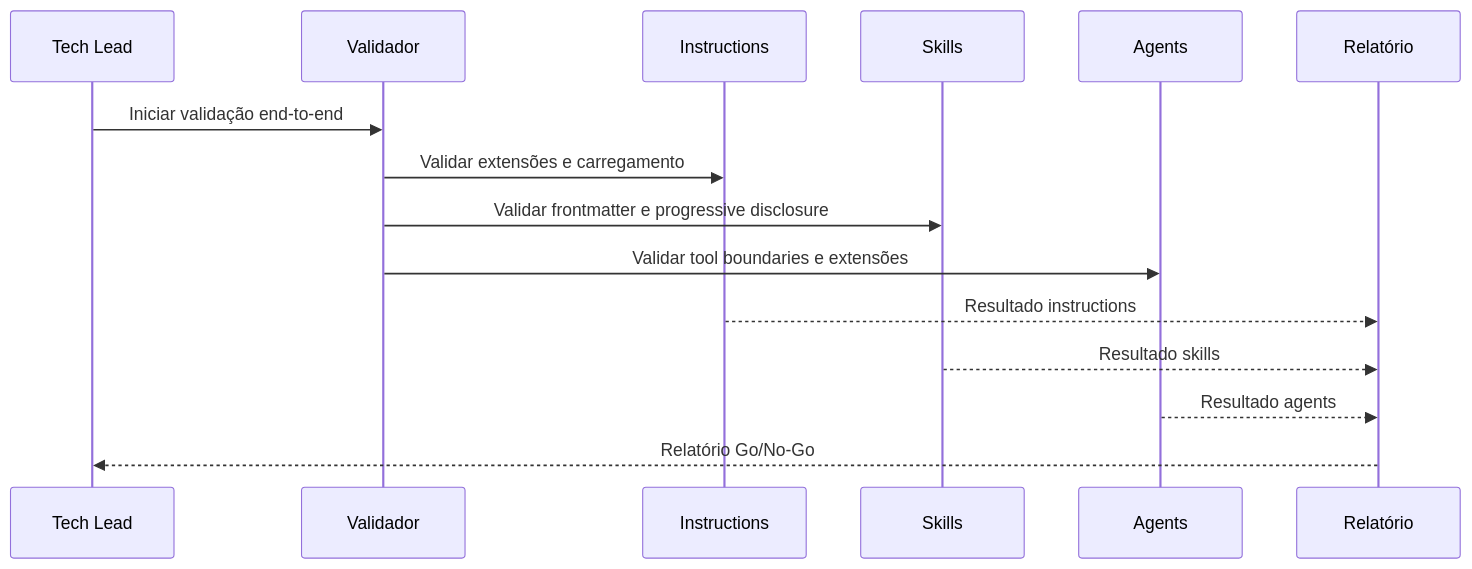
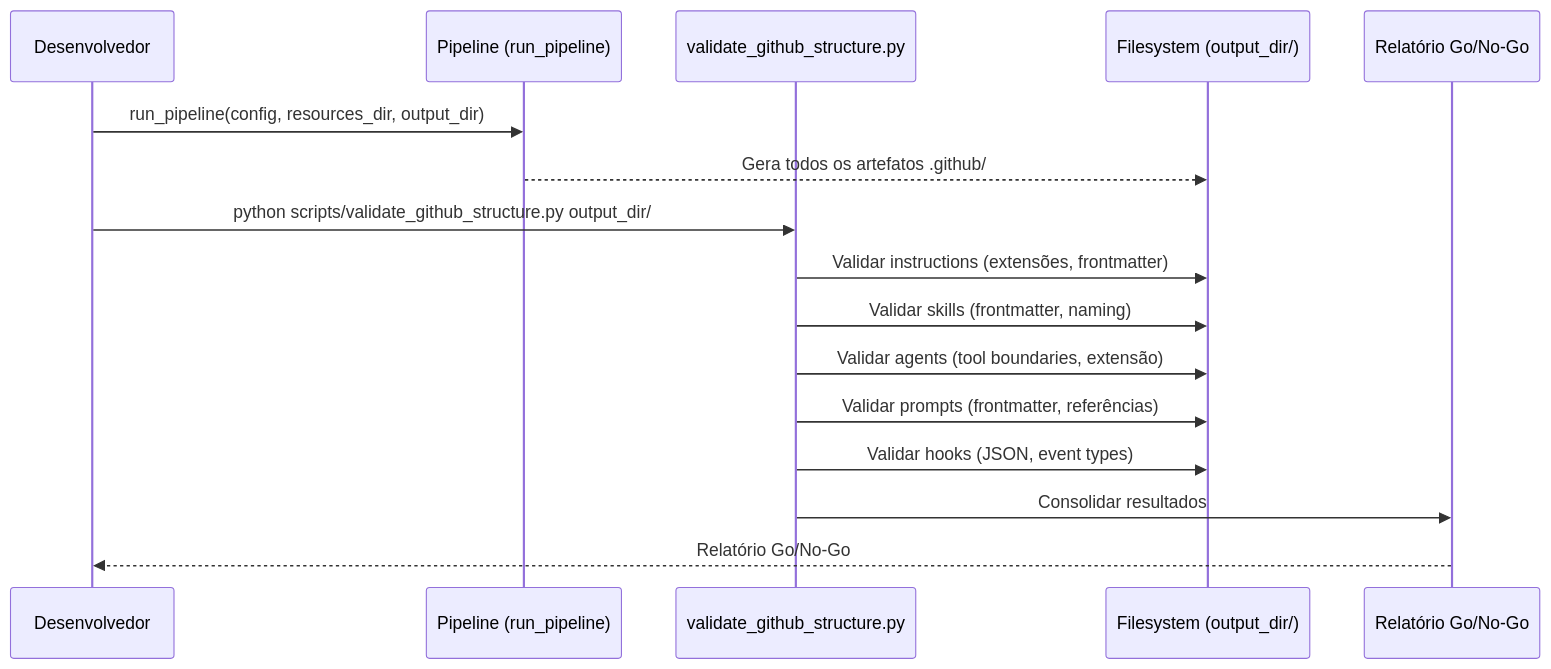
Before and after one commit to edercnj/ia-dev-environment: the diagram in docs/stories/github-structure/STORY-013.md, drawn with Mermaid. The commit also changed other lines of this file and 14 other files, not shown here.

First line of the commit message:
docs: rewrite stories to reference Python generator architecture

````diff
--- a/docs/stories/github-structure/STORY-013.md
+++ b/docs/stories/github-structure/STORY-013.md
@@ -91,18 +108,19 @@
 ```mermaid
 sequenceDiagram
-    participant TL as Tech Lead
-    participant V as Validador
-    participant I as Instructions
-    participant S as Skills
-    participant A as Agents
-    participant R as Relatório
+    participant DEV as Desenvolvedor
+    participant P as Pipeline (run_pipeline)
+    participant V as validate_github_structure.py
+    participant FS as Filesystem (output_dir/)
+    participant R as Relatório Go/No-Go
 
-    TL->>V: Iniciar validação end-to-end
-    V->>I: Validar extensões e carregamento
-    V->>S: Validar frontmatter e progressive disclosure
-    V->>A: Validar tool boundaries e extensões
-    I-->>R: Resultado instructions
-    S-->>R: Resultado skills
-    A-->>R: Resultado agents
-    R-->>TL: Relatório Go/No-Go
+    DEV->>P: run_pipeline(config, resources_dir, output_dir)
+    P-->>FS: Gera todos os artefatos .github/
+    DEV->>V: python scripts/validate_github_structure.py output_dir/
+    V->>FS: Validar instructions (extensões, frontmatter)
+    V->>FS: Validar skills (frontmatter, naming)
+    V->>FS: Validar agents (tool boundaries, extensão)
+    V->>FS: Validar prompts (frontmatter, referências)
+    V->>FS: Validar hooks (JSON, event types)
+    V->>R: Consolidar resultados
+    R-->>DEV: Relatório Go/No-Go
 ```
````
